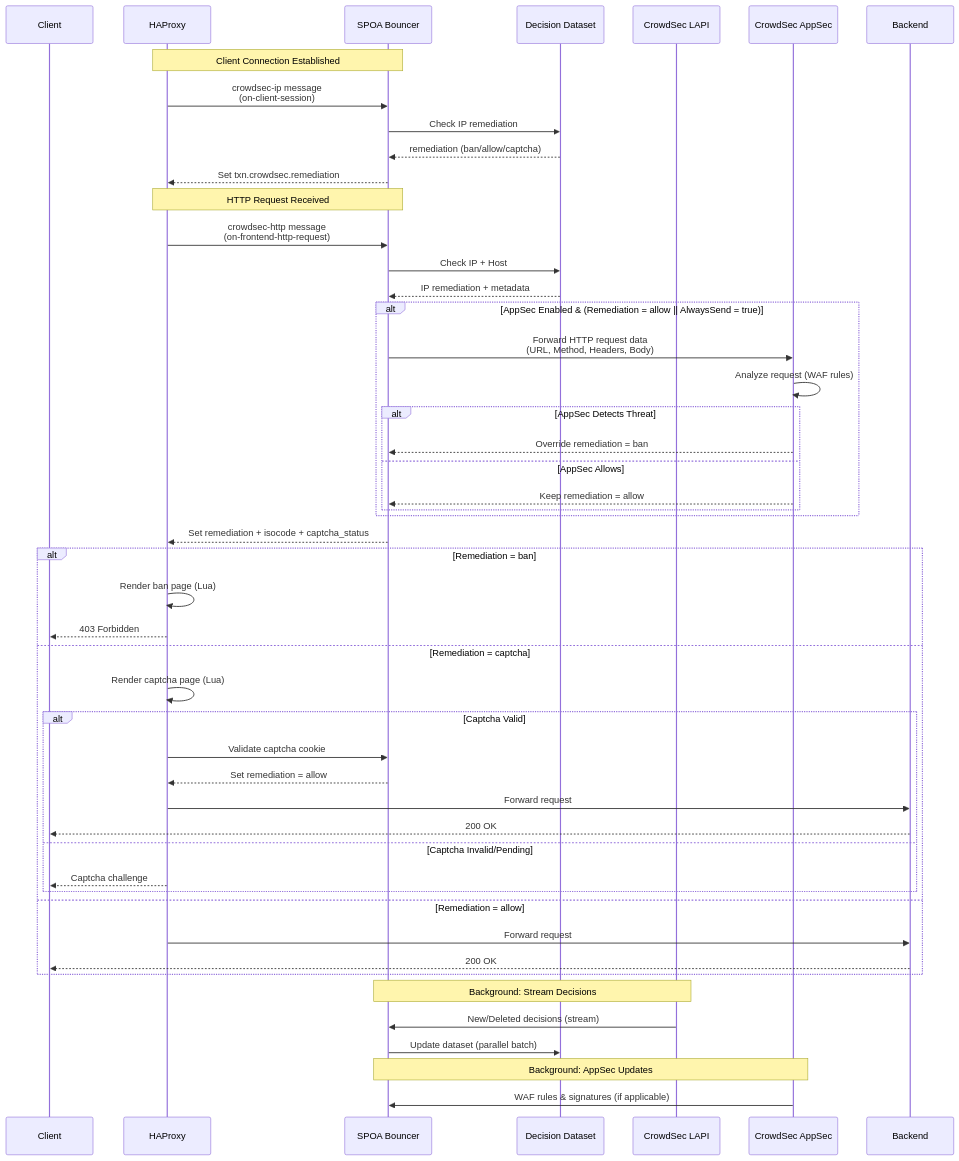
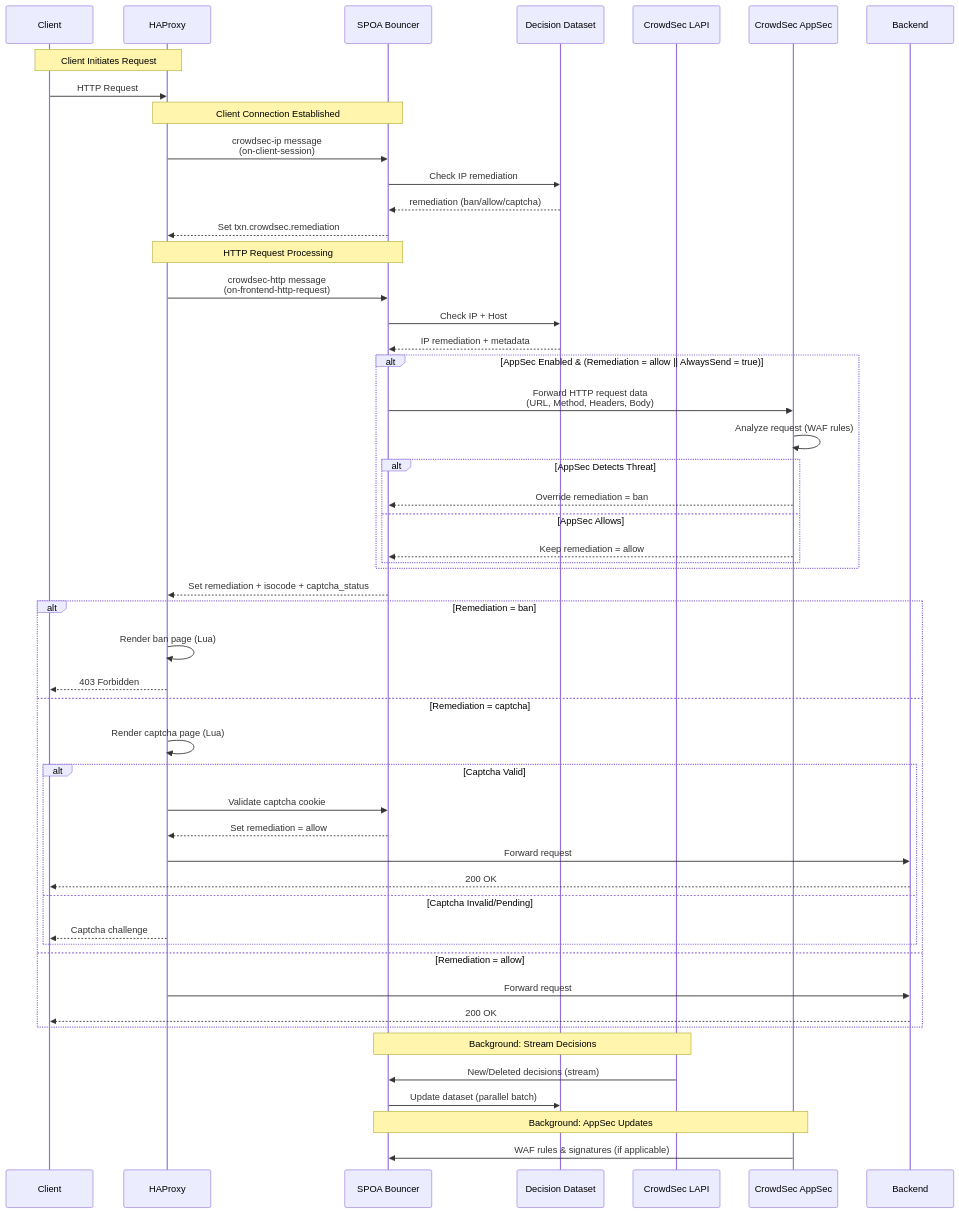
The diagram in README.md (crowdsecurity/cs-haproxy-spoa-bouncer), drawn with Mermaid before and after one commit.

Commit message:
docs: add client HTTP request as first step in flow diagram
- Show client sending HTTP request to HAProxy as the initial step
- Clarify the sequence of events starting from client request

````diff
--- a/README.md
+++ b/README.md
@@ -22,58 +22,61 @@
 ```mermaid
 sequenceDiagram
     participant Client
     participant HAProxy
     participant SPOA as SPOA Bouncer
     participant Dataset as Decision Dataset
     participant CrowdSec as CrowdSec LAPI
     participant AppSec as CrowdSec AppSec
     participant Backend
 
+    Note over Client,HAProxy: Client Initiates Request
+    Client->>HAProxy: HTTP Request
+    
     Note over HAProxy,SPOA: Client Connection Established
     HAProxy->>SPOA: crowdsec-ip message<br/>(on-client-session)
     SPOA->>Dataset: Check IP remediation
     Dataset-->>SPOA: remediation (ban/allow/captcha)
     SPOA-->>HAProxy: Set txn.crowdsec.remediation
     
-    Note over HAProxy,SPOA: HTTP Request Received
+    Note over HAProxy,SPOA: HTTP Request Processing
     HAProxy->>SPOA: crowdsec-http message<br/>(on-frontend-http-request)
     SPOA->>Dataset: Check IP + Host
     Dataset-->>SPOA: IP remediation + metadata
     
     alt AppSec Enabled & (Remediation = allow || AlwaysSend = true)
         SPOA->>AppSec: Forward HTTP request data<br/>(URL, Method, Headers, Body)
         AppSec->>AppSec: Analyze request (WAF rules)
         alt AppSec Detects Threat
             AppSec-->>SPOA: Override remediation = ban
         else AppSec Allows
             AppSec-->>SPOA: Keep remediation = allow
         end
     end
     
     SPOA-->>HAProxy: Set remediation + isocode + captcha_status
     
     alt Remediation = ban
         HAProxy->>HAProxy: Render ban page (Lua)
         HAProxy-->>Client: 403 Forbidden
     else Remediation = captcha
         HAProxy->>HAProxy: Render captcha page (Lua)
         alt Captcha Valid
             HAProxy->>SPOA: Validate captcha cookie
             SPOA-->>HAProxy: Set remediation = allow
             HAProxy->>Backend: Forward request
             Backend-->>Client: 200 OK
         else Captcha Invalid/Pending
             HAProxy-->>Client: Captcha challenge
         end
     else Remediation = allow
         HAProxy->>Backend: Forward request
         Backend-->>Client: 200 OK
     end
     
     Note over SPOA,CrowdSec: Background: Stream Decisions
     CrowdSec->>SPOA: New/Deleted decisions (stream)
     SPOA->>Dataset: Update dataset (parallel batch)
     
     Note over SPOA,AppSec: Background: AppSec Updates
     AppSec->>SPOA: WAF rules & signatures (if applicable)
 ```
````
